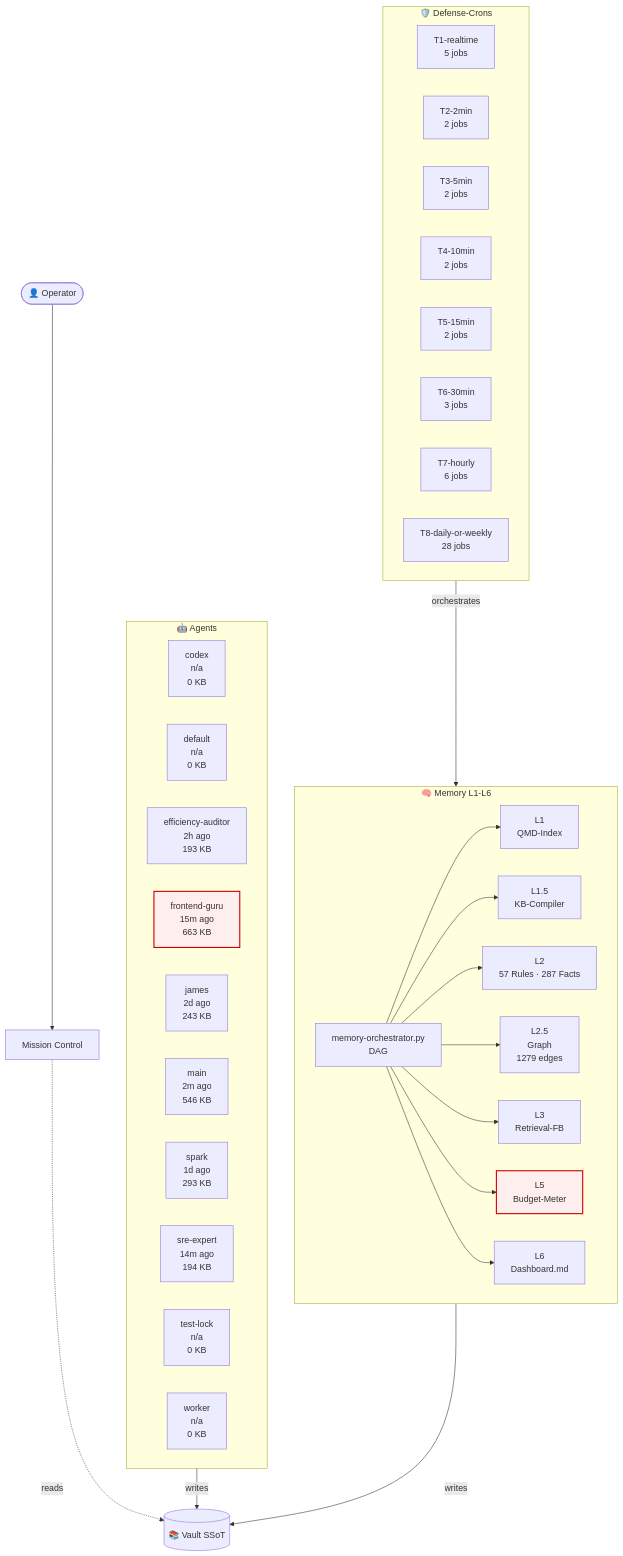
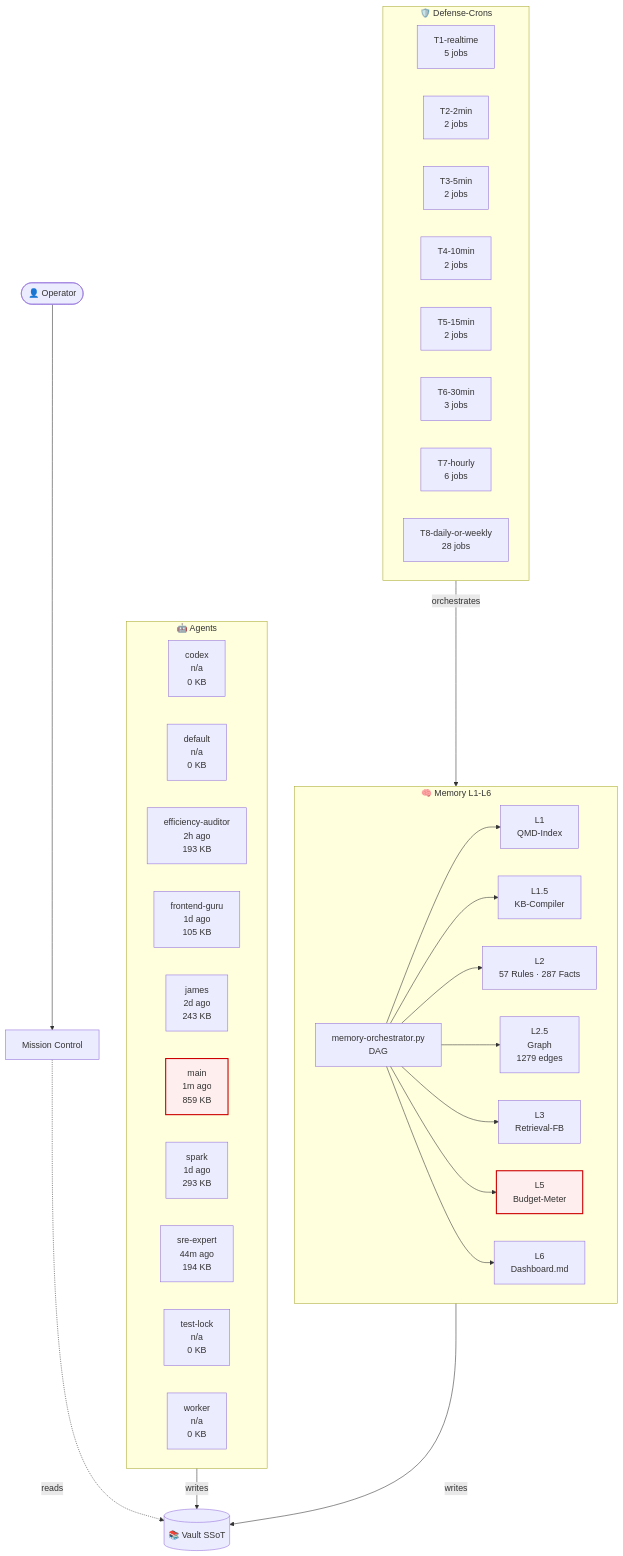
The diagram in 03-Agents/architecture-live.md (lenardhuebner88-rgb/openclaw-memory), drawn with Mermaid before and after one commit. The commit also changed other lines of this file and 4 other files, not shown here.

````diff
--- a/03-Agents/architecture-live.md
+++ b/03-Agents/architecture-live.md
@@ -18,53 +18,53 @@
 ```mermaid
 flowchart TB
     classDef critical fill:#fee,stroke:#c00,stroke-width:2px;
     subgraph AGT["🤖 Agents"]
         agent_codex["codex<br/>n/a<br/>0 KB"]
         agent_default["default<br/>n/a<br/>0 KB"]
         agent_efficiency_auditor["efficiency-auditor<br/>2h ago<br/>193 KB"]
-        agent_frontend_guru["frontend-guru<br/>15m ago<br/>663 KB"]
+        agent_frontend_guru["frontend-guru<br/>1d ago<br/>105 KB"]
         agent_james["james<br/>2d ago<br/>243 KB"]
-        agent_main["main<br/>2m ago<br/>546 KB"]
+        agent_main["main<br/>1m ago<br/>859 KB"]
         agent_spark["spark<br/>1d ago<br/>293 KB"]
-        agent_sre_expert["sre-expert<br/>14m ago<br/>194 KB"]
+        agent_sre_expert["sre-expert<br/>44m ago<br/>194 KB"]
         agent_test_lock["test-lock<br/>n/a<br/>0 KB"]
         agent_worker["worker<br/>n/a<br/>0 KB"]
     end
     subgraph MEM["🧠 Memory L1-L6"]
         L1["L1<br/>QMD-Index"]
         L15["L1.5<br/>KB-Compiler"]
         L2["L2<br/>57 Rules · 287 Facts"]
         L25["L2.5<br/>Graph<br/>1279 edges"]
         L3["L3<br/>Retrieval-FB"]
         L5["L5<br/>Budget-Meter"]
         L6["L6<br/>Dashboard.md"]
         ORCH["memory-orchestrator.py<br/>DAG"]
     end
     subgraph CRN["🛡️ Defense-Crons"]
         tier_T1_realtime["T1-realtime<br/>5 jobs"]
         tier_T2_2min["T2-2min<br/>2 jobs"]
         tier_T3_5min["T3-5min<br/>2 jobs"]
         tier_T4_10min["T4-10min<br/>2 jobs"]
         tier_T5_15min["T5-15min<br/>2 jobs"]
         tier_T6_30min["T6-30min<br/>3 jobs"]
         tier_T7_hourly["T7-hourly<br/>6 jobs"]
         tier_T8_daily_or_weekly["T8-daily-or-weekly<br/>28 jobs"]
     end
     VAULT[("📚 Vault SSoT")]
     OP([👤 Operator])
     MC["Mission Control"]
     OP --> MC
     MC -.reads.-> VAULT
     AGT -->|writes| VAULT
     MEM -->|writes| VAULT
     ORCH --> L1
     ORCH --> L15
     ORCH --> L2
     ORCH --> L25
     ORCH --> L3
     ORCH --> L5
     ORCH --> L6
     CRN -->|orchestrates| MEM
     class L5 critical
-    class agent_frontend_guru critical
+    class agent_main critical
 ```
````
